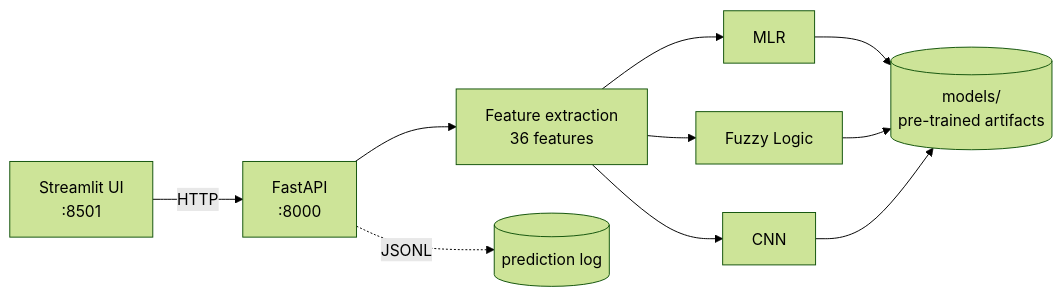
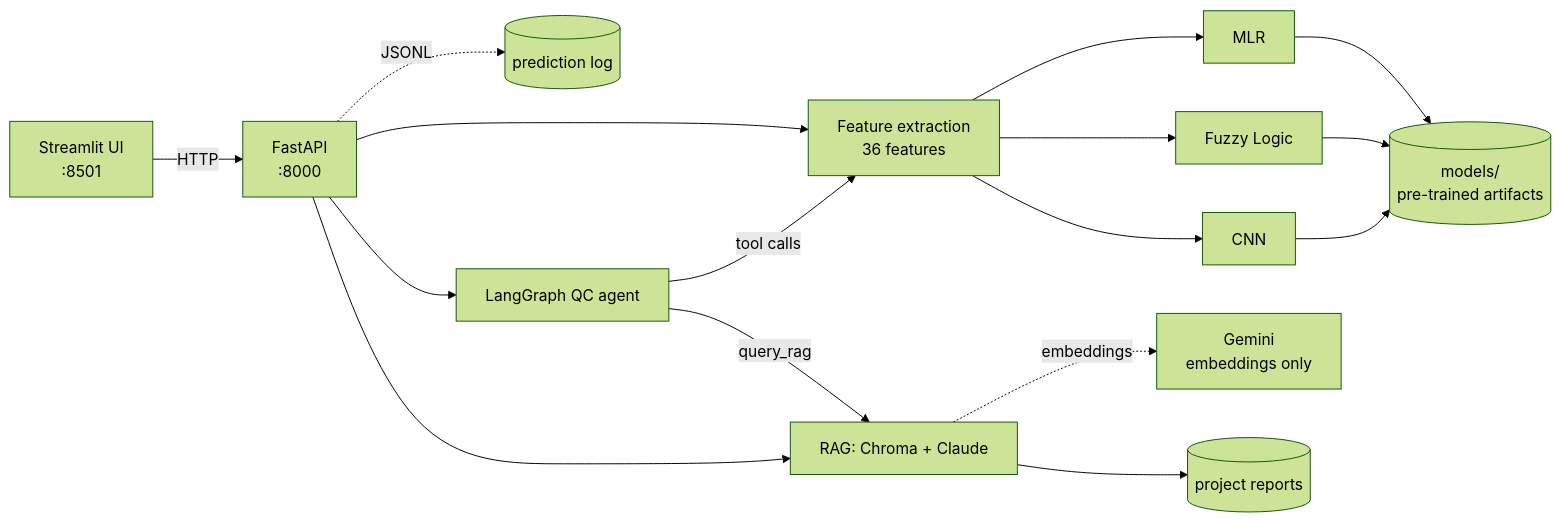
One commit to LK-Bharadwaja/agentic-manufacturing-qc changed the diagram in README.md. Above: the diagram before and after it, drawn with Mermaid (forest theme). The commit also changed other lines of this file and 28 other files, not shown here.

First line of the commit message:
Add QC agent, RAG, containerised stack, dark dashboard and CI updates

````diff
--- a/README.md
+++ b/README.md
@@ -40,10 +59,16 @@
 ```mermaid
 flowchart LR
     U[Streamlit UI<br/>:8501] -->|HTTP| A[FastAPI<br/>:8000]
     A --> F[Feature extraction<br/>36 features]
     F --> M1[MLR]
     F --> M2[Fuzzy Logic]
     F --> M3[CNN]
     M1 & M2 & M3 --> R[(models/<br/>pre-trained artifacts)]
     A -.->|JSONL| L[(prediction log)]
+    A --> AG[LangGraph QC agent]
+    AG -->|tool calls| F
+    AG -->|query_rag| RG[RAG: Chroma + Claude]
+    RG -.->|embeddings| GE[Gemini<br/>embeddings only]
+    RG --> DOCS[(project reports)]
+    A --> RG
 ```
````
